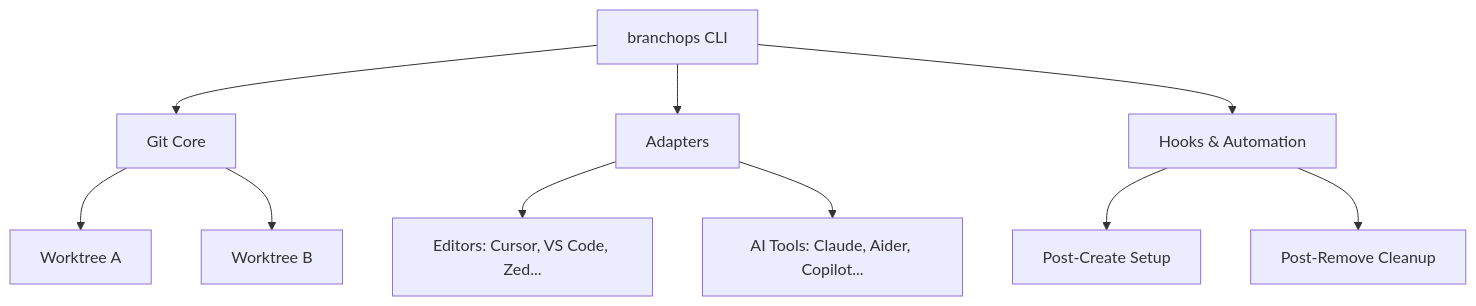
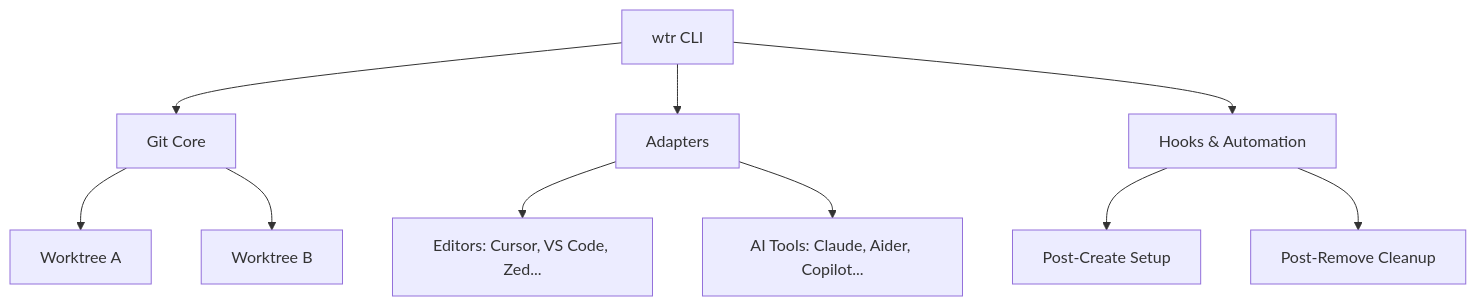
The first of 2 diagrams in README.md (FortiShield/wtr), drawn with Mermaid before and after one commit. The commit also changed other lines of this file and 66 other files, not shown here.

Commit message:
Production release: v2.0.0 with modular architecture and MCP server

````diff
--- a/README.md
+++ b/README.md
@@ -194,12 +194,12 @@
 ```mermaid
 graph TD
-    A[branchops CLI] --> B[Git Core]
+    A[wtr CLI] --> B[Git Core]
     B --> C[Worktree A]
     B --> D[Worktree B]
     A --> E[Adapters]
     E --> F[Editors: Cursor, VS Code, Zed...]
     E --> G[AI Tools: Claude, Aider, Copilot...]
     A --> H[Hooks & Automation]
     H --> I[Post-Create Setup]
     H --> J[Post-Remove Cleanup]
 ```
````
